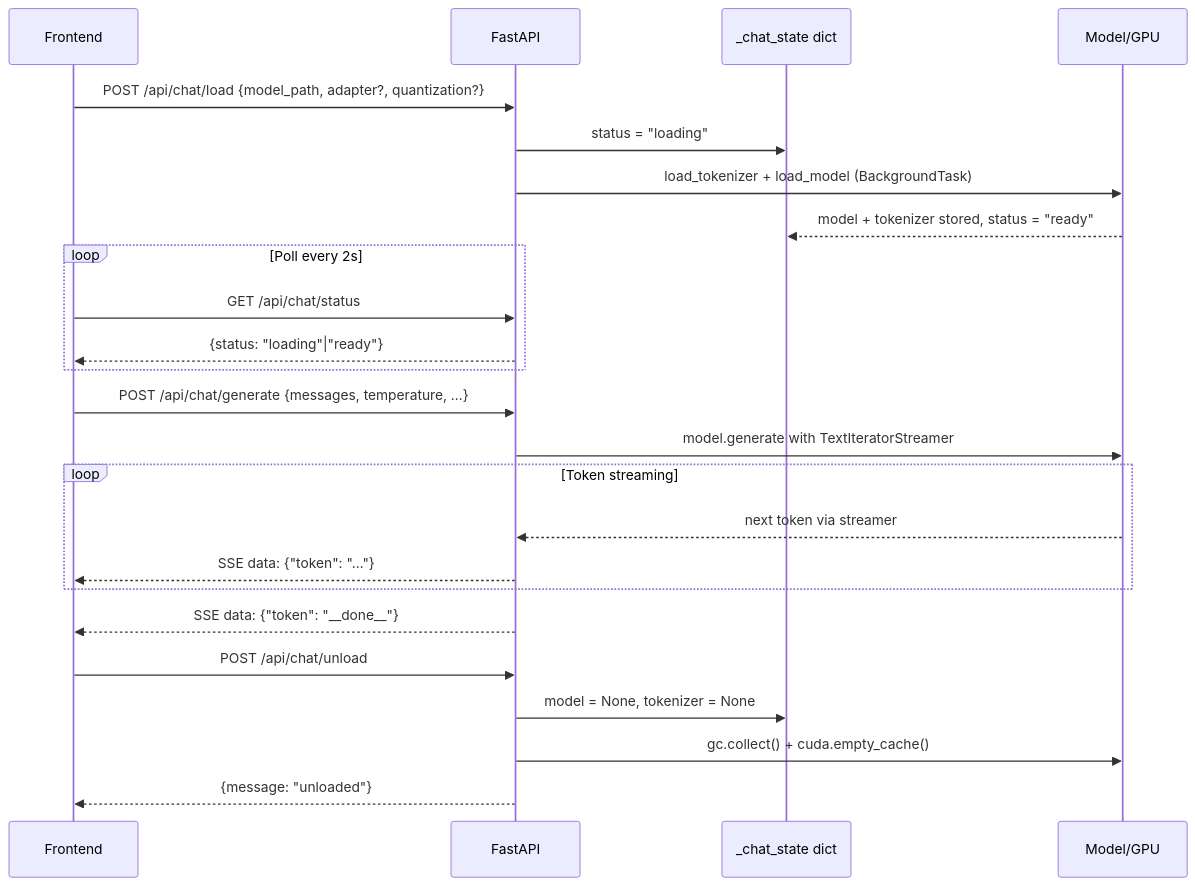
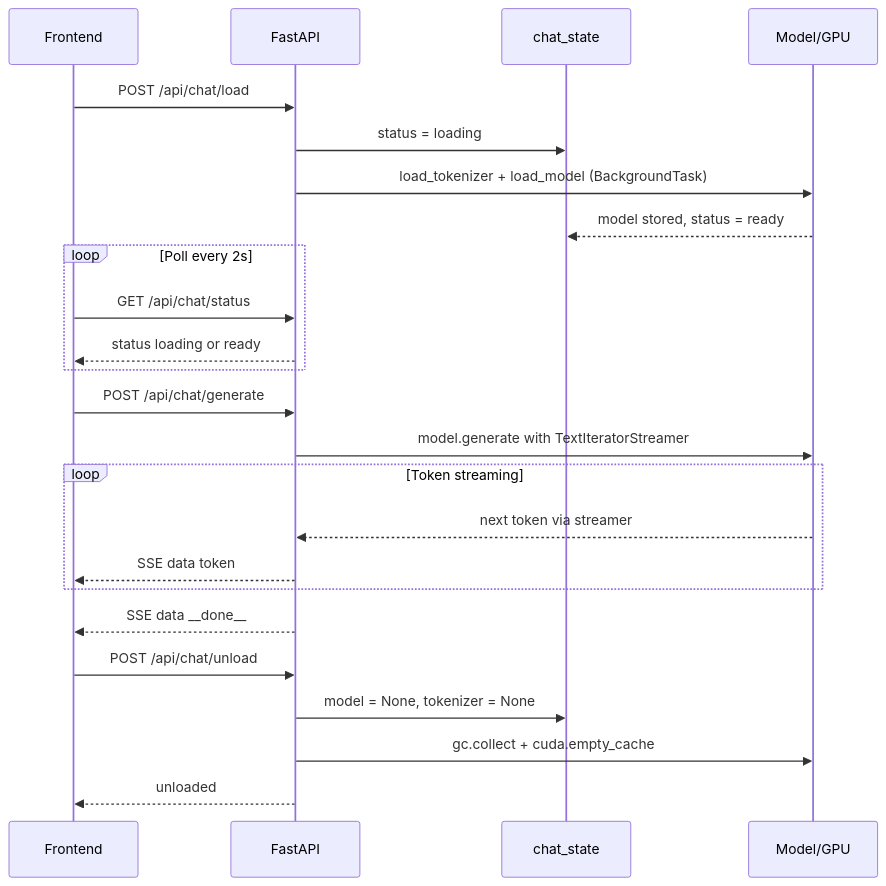
One commit to williamcheong0616/training_pipeline_dashboard changed the sixth of 7 diagrams in docs/SYSTEM_FLOW.md. Above: the diagram before and after it, drawn with Mermaid. The commit also changed other lines of this file, not shown here.

First line of the commit message:
docs: fix Mermaid diagram syntax for GitHub rendering

````diff
--- a/docs/SYSTEM_FLOW.md
+++ b/docs/SYSTEM_FLOW.md
@@ -230,30 +235,32 @@
 ```mermaid
 sequenceDiagram
     participant UI as Frontend
     participant API as FastAPI
-    participant State as _chat_state dict
+    participant State as chat_state
     participant GPU as Model/GPU
 
-    UI->>API: POST /api/chat/load {model_path, adapter?, quantization?}
-    API->>State: status = "loading"
+    UI->>API: POST /api/chat/load
+    API->>State: status = loading
     API->>GPU: load_tokenizer + load_model (BackgroundTask)
-    GPU-->>State: model + tokenizer stored, status = "ready"
+    GPU-->>State: model stored, status = ready
 
     loop Poll every 2s
         UI->>API: GET /api/chat/status
-        API-->>UI: {status: "loading"|"ready"}
+        API-->>UI: status loading or ready
     end
 
-    UI->>API: POST /api/chat/generate {messages, temperature, …}
+    UI->>API: POST /api/chat/generate
     API->>GPU: model.generate with TextIteratorStreamer
+
     loop Token streaming
         GPU-->>API: next token via streamer
-        API-->>UI: SSE data: {"token": "…"}
+        API-->>UI: SSE data token
     end
-    API-->>UI: SSE data: {"token": "__done__"}
+
+    API-->>UI: SSE data __done__
 
     UI->>API: POST /api/chat/unload
     API->>State: model = None, tokenizer = None
-    API->>GPU: gc.collect() + cuda.empty_cache()
-    API-->>UI: {message: "unloaded"}
+    API->>GPU: gc.collect + cuda.empty_cache
+    API-->>UI: unloaded
 ```
````
